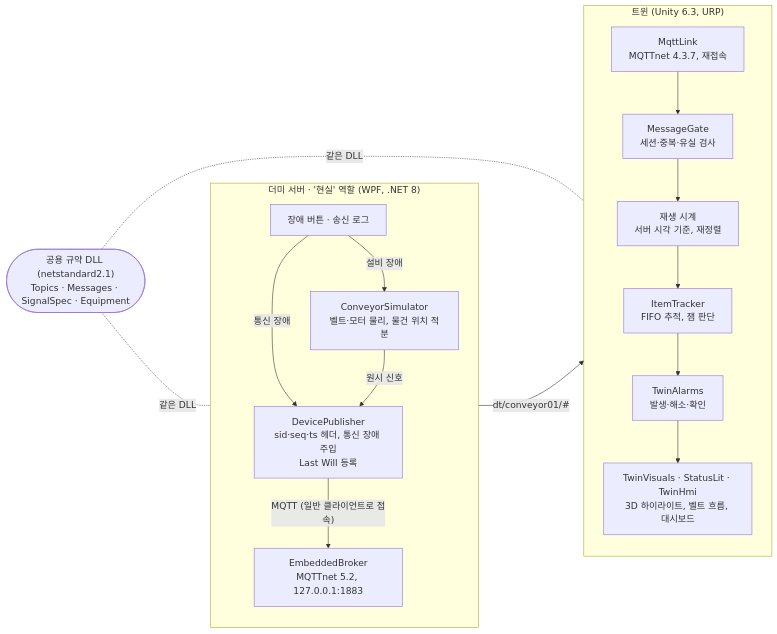
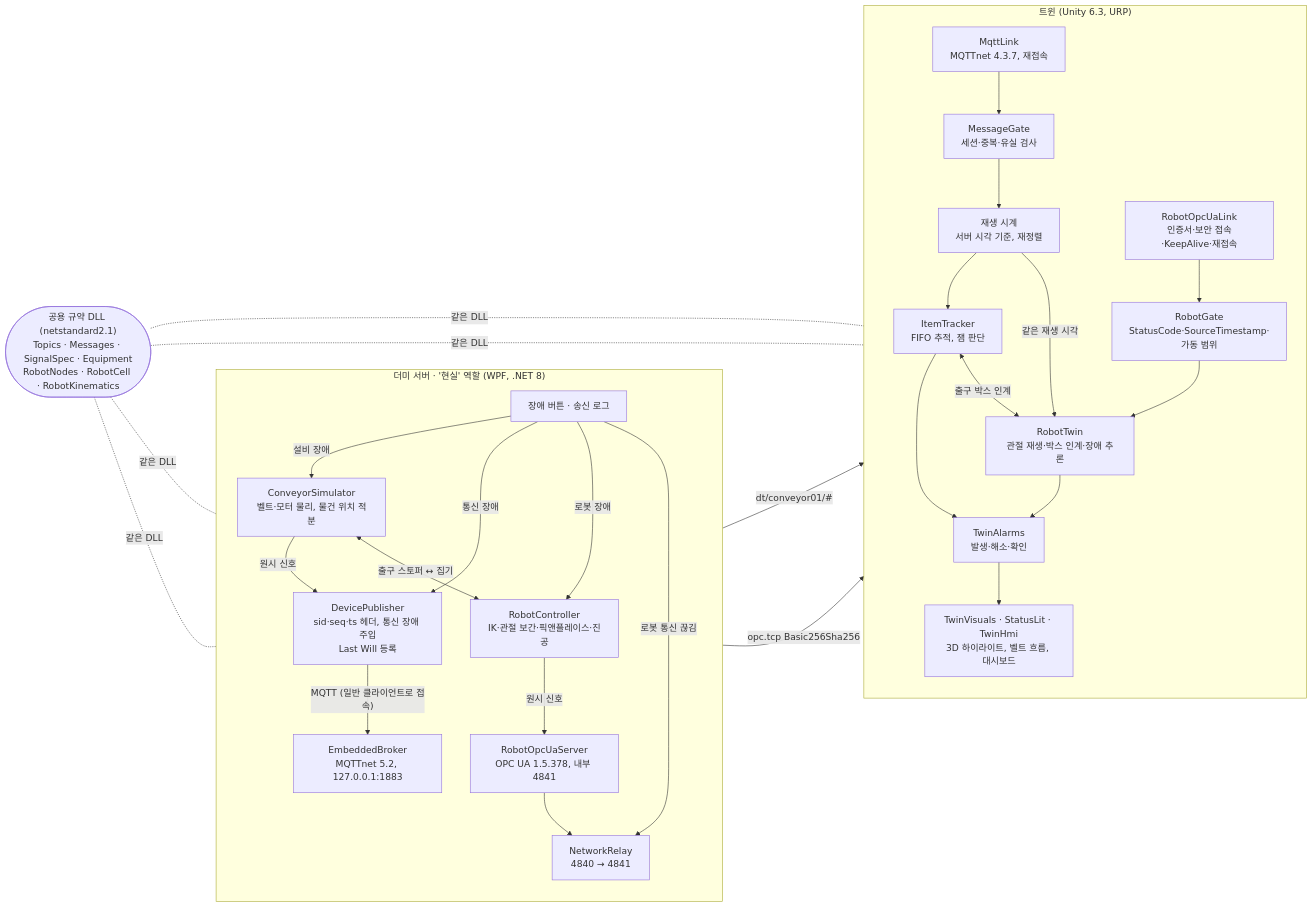
The first of 8 diagrams in docs/architecture.md (SeonghunChoi/unity_conveyor_digital_twin), drawn with Mermaid before and after one commit. The commit also changed other lines of this file and 2 other files, not shown here.

````diff
--- a/docs/architecture.md
+++ b/docs/architecture.md
@@ -8,31 +9,48 @@
 ```mermaid
 flowchart LR
     subgraph Reality["더미 서버 · '현실' 역할 (WPF, .NET 8)"]
         direction TB
         UI["장애 버튼 · 송신 로그"]
         SIM["ConveyorSimulator<br/>벨트·모터 물리, 물건 위치 적분"]
         PUB["DevicePublisher<br/>sid·seq·ts 헤더, 통신 장애 주입<br/>Last Will 등록"]
         BRK["EmbeddedBroker<br/>MQTTnet 5.2, 127.0.0.1:1883"]
+        RC["RobotController<br/>IK·관절 보간·픽앤플레이스·진공"]
+        UAS["RobotOpcUaServer<br/>OPC UA 1.5.378, 내부 4841"]
+        NET["NetworkRelay<br/>4840 → 4841"]
         UI -- 설비 장애 --> SIM
         UI -- 통신 장애 --> PUB
+        UI -- 로봇 장애 --> RC
+        UI -- 로봇 통신 끊김 --> NET
         SIM -- 원시 신호 --> PUB
         PUB -- "MQTT (일반 클라이언트로 접속)" --> BRK
+        SIM <-- "출구 스토퍼 ↔ 집기" --> RC
+        RC -- 원시 신호 --> UAS --> NET
     end
 
     subgraph Twin["트윈 (Unity 6.3, URP)"]
         direction TB
         LINK["MqttLink<br/>MQTTnet 4.3.7, 재접속"]
         GATE["MessageGate<br/>세션·중복·유실 검사"]
         CLK["재생 시계<br/>서버 시각 기준, 재정렬"]
         TRK["ItemTracker<br/>FIFO 추적, 잼 판단"]
         ALM["TwinAlarms<br/>발생·해소·확인"]
         OUT["TwinVisuals · StatusLit · TwinHmi<br/>3D 하이라이트, 벨트 흐름, 대시보드"]
+        ULINK["RobotOpcUaLink<br/>인증서·보안 접속·KeepAlive·재접속"]
+        UGATE["RobotGate<br/>StatusCode·SourceTimestamp·가동 범위"]
+        RT["RobotTwin<br/>관절 재생·박스 인계·장애 추론"]
         LINK --> GATE --> CLK --> TRK --> ALM --> OUT
+        ULINK --> UGATE --> RT
+        CLK -- "같은 재생 시각" --> RT
+        TRK <-- "출구 박스 인계" --> RT
+        RT --> ALM
     end
 
-    SH(["공용 규약 DLL (netstandard2.1)<br/>Topics · Messages · SignalSpec · Equipment"])
+    SH(["공용 규약 DLL (netstandard2.1)<br/>Topics · Messages · SignalSpec · Equipment<br/>RobotNodes · RobotCell · RobotKinematics"])
 
     BRK -- "dt/conveyor01/#" --> LINK
+    NET -- "opc.tcp Basic256Sha256" --> ULINK
     SH -. 같은 DLL .- PUB
     SH -. 같은 DLL .- LINK
+    SH -. 같은 DLL .- RC
+    SH -. 같은 DLL .- ULINK
 ```
````
